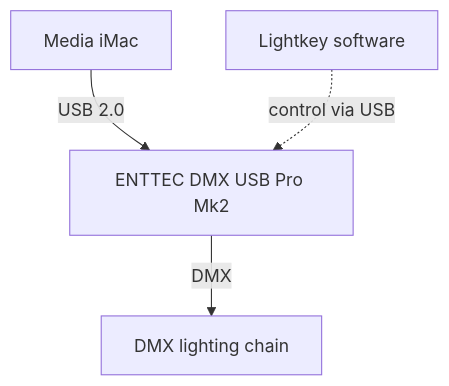
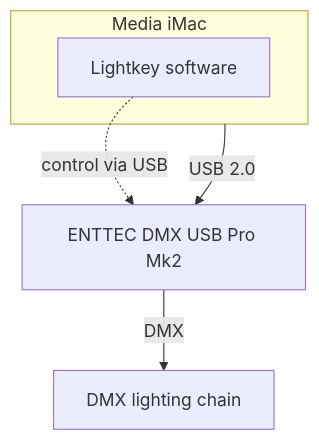
One commit to nmummau/mjmc-tech-docs changed the diagram in docs/lighting.md. Above: the diagram before and after it, drawn with Mermaid.

Commit message:
docs: group lightkey under media imac

````diff
--- a/docs/lighting.md
+++ b/docs/lighting.md
@@ -3,11 +3,12 @@
 ```mermaid
 flowchart TB
-    MI[Media iMac]
+    subgraph MI[Media iMac]
+        LIGHTKEY[Lightkey software]
+    end
     ENTTEC[ENTTEC DMX USB Pro Mk2]
     DMXCHAIN[DMX lighting chain]
-    LIGHTKEY[Lightkey software]
 
     MI -->|USB 2.0| ENTTEC
     ENTTEC -->|DMX| DMXCHAIN
     LIGHTKEY -.control via USB.-> ENTTEC
 ```
````
